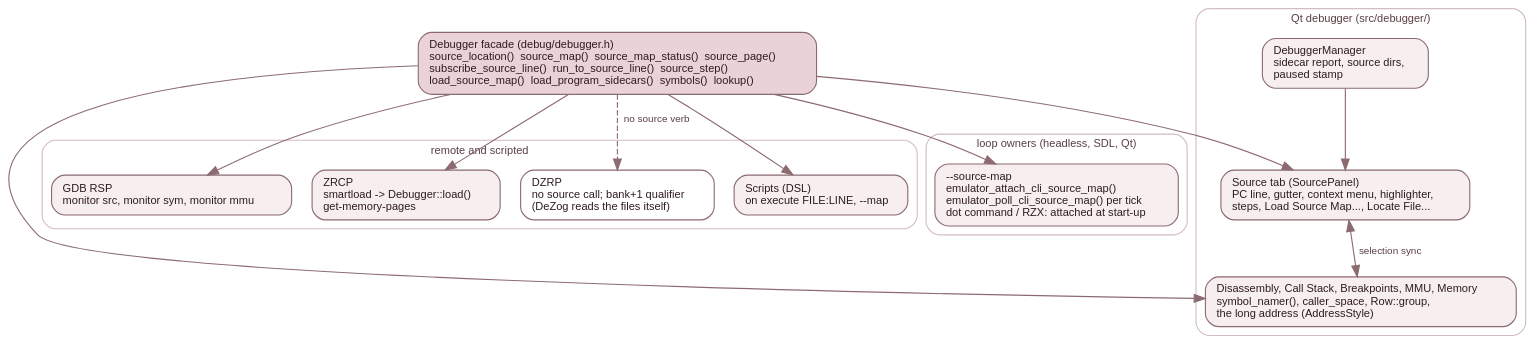
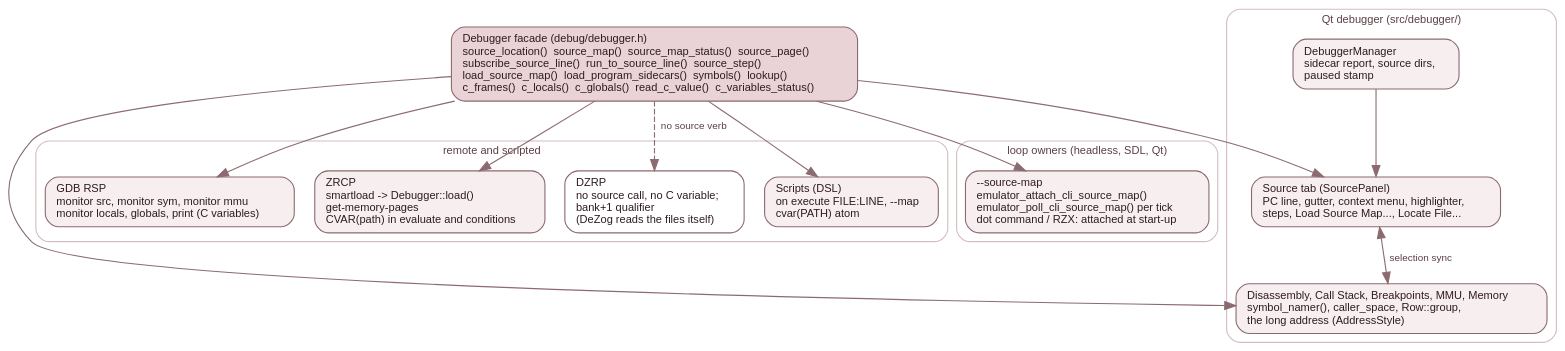
Before and after one commit to jorgegv/jnext: the diagram in src/doc/developer-guide/diagrams/srcdbg-frontends.dot, drawn with Graphviz. The commit also changed 37 other files, not shown here.

Commit message:
GH #436: docs (man, user guide, dev guide 7.7 7.8 7.10 3.10.4-6, figure, design notes), vars.c::sum::calls row

```diff
--- a/src/doc/developer-guide/diagrams/srcdbg-frontends.dot
+++ b/src/doc/developer-guide/diagrams/srcdbg-frontends.dot
@@ -1,60 +1,60 @@
 // Who reads the source-level stores: chapter 7.7.
 //
 // Rendered by `make docs-devguide-diagrams` into ../img/srcdbg-frontends.svg,
 // which is COMMITTED. Edit this file, never the SVG.
 //
 // Top: the backend verbs every frontend goes through (the stores are never
 // touched directly). Below: one cluster per frontend, with what it reads and
 // what it adds. DZRP is the one frontend with no source surface: DeZog reads
 // the SLD or map itself.
 //
 // Palette: the page theme's pastel dark red family (see css/theme.css), as the
 // other figures. Light fills, dark labels, transparent canvas.
 digraph srcdbg_frontends {
     bgcolor="transparent";
     rankdir=TB;
     fontname="Helvetica";
     ranksep=0.5;
     nodesep=0.25;
     node [shape=box, style="filled,rounded", fontname="Helvetica", fontsize=10,
           fillcolor="#f7eef0", color="#8c6b70", fontcolor="#2e1c1f", margin="0.14,0.08"];
     edge [color="#8c6b70", fontname="Helvetica", fontsize=9, fontcolor="#5a3f43"];
 
-    verbs [label="Debugger facade (debug/debugger.h)\lsource_location()  source_map()  source_map_status()  source_page()\lsubscribe_source_line()  run_to_source_line()  source_step()\lload_source_map()  load_program_sidecars()  symbols()  lookup()\l", fillcolor="#e9d3d6"];
+    verbs [label="Debugger facade (debug/debugger.h)\lsource_location()  source_map()  source_map_status()  source_page()\lsubscribe_source_line()  run_to_source_line()  source_step()\lload_source_map()  load_program_sidecars()  symbols()  lookup()\lc_frames()  c_locals()  c_globals()  read_c_value()  c_variables_status()\l", fillcolor="#e9d3d6"];
 
     subgraph cluster_qt {
         label="Qt debugger (src/debugger/)";
         fontname="Helvetica"; fontsize=10; fontcolor="#5a3f43";
         color="#d3bdc0"; style="rounded";
         q0 [label="Source tab (SourcePanel)\lPC line, gutter, context menu, highlighter,\lsteps, Load Source Map..., Locate File...\l"];
         q1 [label="Disassembly, Call Stack, Breakpoints, MMU, Memory\lsymbol_namer(), caller_space, Row::group,\lthe long address (AddressStyle)\l"];
         q2 [label="DebuggerManager\lsidecar report, source dirs,\lpaused stamp\l"];
         q0 -> q1 [label=" selection sync", dir=both];
         q2 -> q0;
     }
 
     subgraph cluster_remote {
         label="remote and scripted";
         fontname="Helvetica"; fontsize=10; fontcolor="#5a3f43";
         color="#d3bdc0"; style="rounded";
-        g0 [label="GDB RSP\lmonitor src, monitor sym, monitor mmu\l"];
-        z0 [label="ZRCP\lsmartload -> Debugger::load()\lget-memory-pages\l"];
-        d0 [label="DZRP\lno source call; bank+1 qualifier\l(DeZog reads the files itself)\l", fillcolor="#ffffff"];
-        s0 [label="Scripts (DSL)\lon execute FILE:LINE, --map\l"];
+        g0 [label="GDB RSP\lmonitor src, monitor sym, monitor mmu\lmonitor locals, globals, print (C variables)\l"];
+        z0 [label="ZRCP\lsmartload -> Debugger::load()\lget-memory-pages\lCVAR(path) in evaluate and conditions\l"];
+        d0 [label="DZRP\lno source call, no C variable;\lbank+1 qualifier\l(DeZog reads the files itself)\l", fillcolor="#ffffff"];
+        s0 [label="Scripts (DSL)\lon execute FILE:LINE, --map\lcvar(PATH) atom\l"];
     }
 
     subgraph cluster_loop {
         label="loop owners (headless, SDL, Qt)";
         fontname="Helvetica"; fontsize=10; fontcolor="#5a3f43";
         color="#d3bdc0"; style="rounded";
         l0 [label="--source-map\lemulator_attach_cli_source_map()\lemulator_poll_cli_source_map() per tick\ldot command / RZX: attached at start-up\l"];
     }
 
     verbs -> q0;
     verbs -> q1;
     verbs -> g0;
     verbs -> z0;
     verbs -> s0;
     verbs -> l0;
     verbs -> d0 [style=dashed, label=" no source verb"];
 }
```
